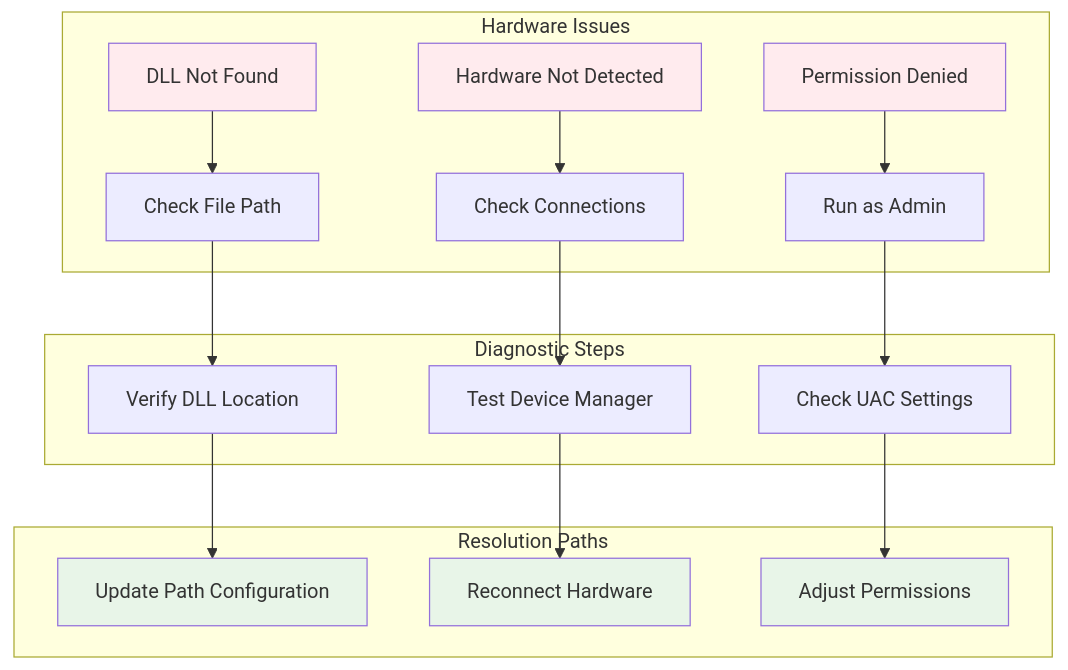
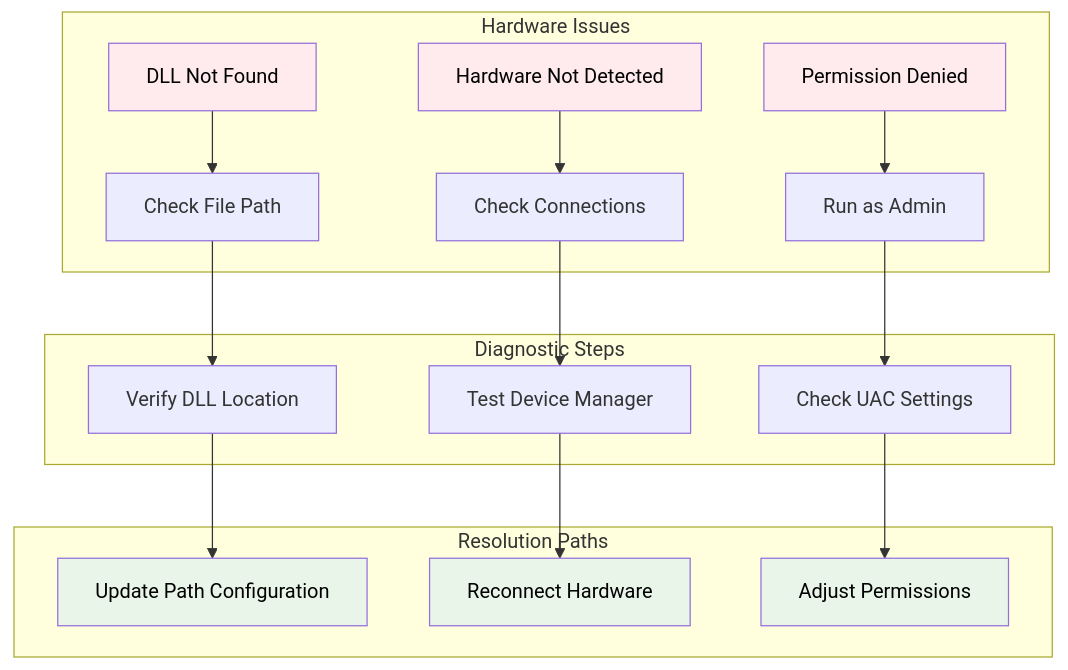
Before and after one commit to Interlaken0/temperature-plotter: the third of 4 diagrams in docs/TROUBLESHOOTING.md, drawn with Mermaid. The commit also changed other lines of this file and 8 other files, not shown here.

First line of the commit message:
Standardise Mermaid diagram text colour to black across all documentation

````diff
--- a/docs/TROUBLESHOOTING.md
+++ b/docs/TROUBLESHOOTING.md
@@ -735,27 +735,27 @@
 ```mermaid
 graph TB
     subgraph "Hardware Issues"
         A[DLL Not Found] --> B[Check File Path]
         C[Hardware Not Detected] --> D[Check Connections]
         E[Permission Denied] --> F[Run as Admin]
     end
     
     subgraph "Diagnostic Steps"
         B --> G[Verify DLL Location]
         D --> H[Test Device Manager]
         F --> I[Check UAC Settings]
     end
     
     subgraph "Resolution Paths"
         G --> J[Update Path Configuration]
         H --> K[Reconnect Hardware]
         I --> L[Adjust Permissions]
     end
     
-    style A fill:#ffebee
-    style C fill:#ffebee
-    style E fill:#ffebee
-    style J fill:#e8f5e8
-    style K fill:#e8f5e8
-    style L fill:#e8f5e8
+    style A fill:#ffebee,color:#000000
+    style C fill:#ffebee,color:#000000
+    style E fill:#ffebee,color:#000000
+    style J fill:#e8f5e8,color:#000000
+    style K fill:#e8f5e8,color:#000000
+    style L fill:#e8f5e8,color:#000000
 ```
````
